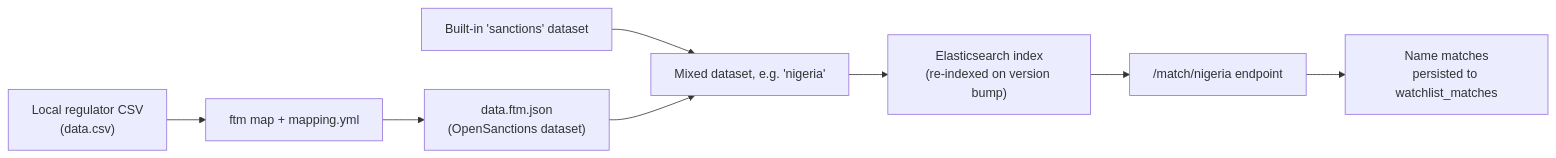
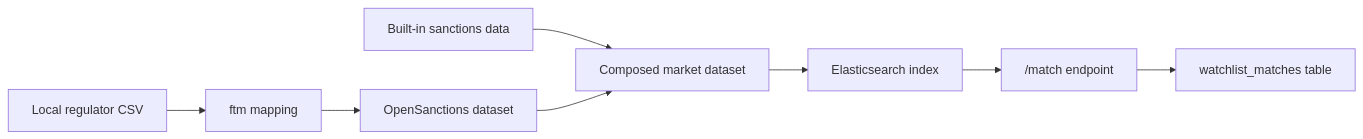
Before and after one commit to pradhann/np: the first of 2 diagrams in content/work/screengpt-the-system.mdx, drawn with Mermaid. The commit also changed other lines of this file and 9 other files, not shown here.

````diff
--- a/content/work/screengpt-the-system.mdx
+++ b/content/work/screengpt-the-system.mdx
@@ -79,10 +43,10 @@
 ```mermaid
 flowchart LR
-    A["Local regulator CSV<br/>(data.csv)"] --> B["ftm map + mapping.yml"]
-    B --> C["data.ftm.json<br/>(OpenSanctions dataset)"]
-    D["Built-in 'sanctions' dataset"] --> E["Mixed dataset, e.g. 'nigeria'"]
+    A["Local regulator CSV"] --> B["ftm mapping"]
+    B --> C["OpenSanctions dataset"]
+    D["Built-in sanctions data"] --> E["Composed market dataset"]
     C --> E
-    E --> F["Elasticsearch index<br/>(re-indexed on version bump)"]
-    F --> G["/match/nigeria endpoint"]
-    G --> H["Name matches<br/>persisted to watchlist_matches"]
+    E --> F["Elasticsearch index"]
+    F --> G["/match endpoint"]
+    G --> H["watchlist_matches table"]
 ```
````
